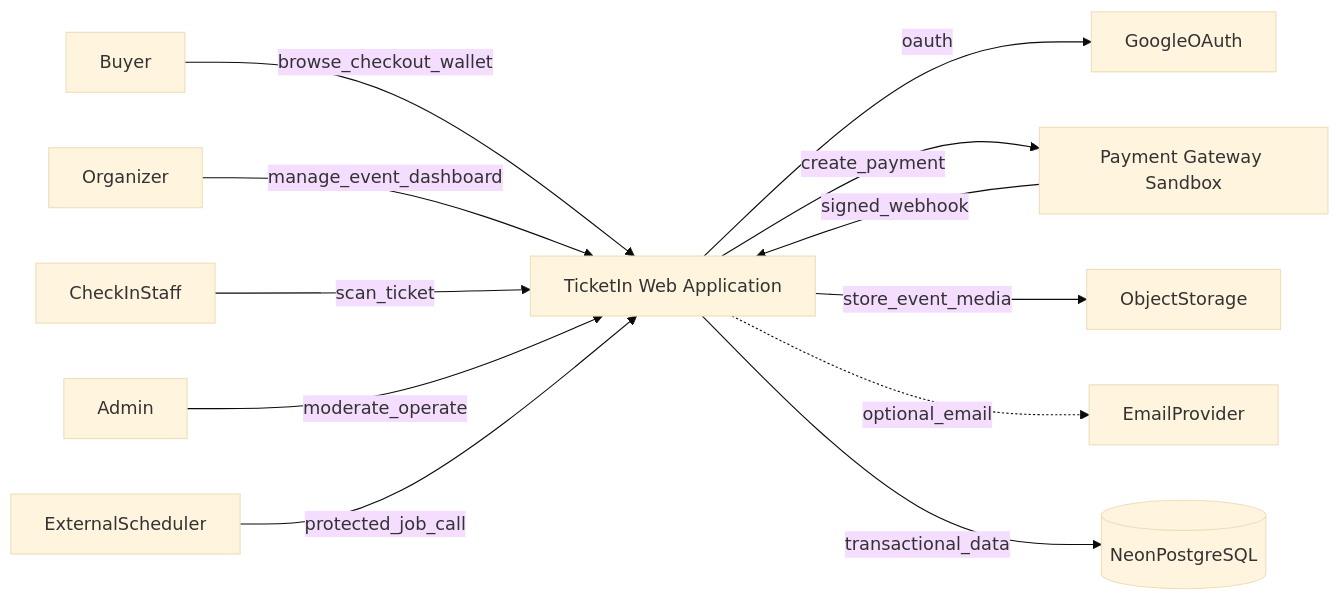
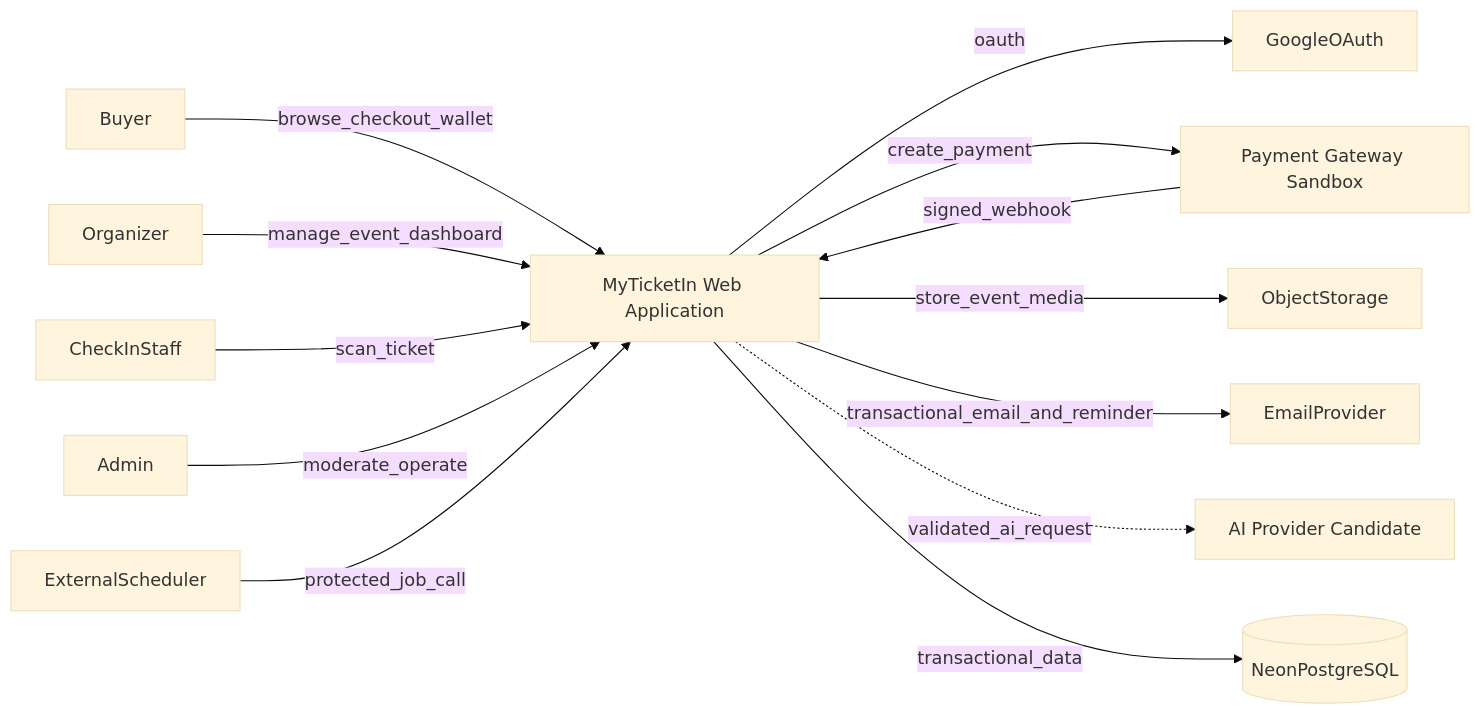
Before and after one commit to Fajrunshubhi/MyTicketIn: the first of 11 diagrams in architecture.md, drawn with Mermaid (base theme). The commit also changed other lines of this file and 406 other files, not shown here.

````diff
--- a/architecture.md
+++ b/architecture.md
@@ -145,26 +151,28 @@
 ```mermaid
 flowchart LR
   Buyer[Buyer]
   Organizer[Organizer]
   Staff[CheckInStaff]
   Admin[Admin]
-  TicketIn["TicketIn Web Application"]
+  MyTicketIn["MyTicketIn Web Application"]
   Google[GoogleOAuth]
   Payment["Payment Gateway Sandbox"]
   Storage[ObjectStorage]
   Email[EmailProvider]
+  AI["AI Provider Candidate"]
   Scheduler[ExternalScheduler]
   Database[(NeonPostgreSQL)]
 
-  Buyer -->|browse_checkout_wallet| TicketIn
-  Organizer -->|manage_event_dashboard| TicketIn
-  Staff -->|scan_ticket| TicketIn
-  Admin -->|moderate_operate| TicketIn
-  TicketIn -->|oauth| Google
-  TicketIn -->|create_payment| Payment
-  Payment -->|signed_webhook| TicketIn
-  TicketIn -->|store_event_media| Storage
-  TicketIn -.->|optional_email| Email
-  Scheduler -->|protected_job_call| TicketIn
-  TicketIn -->|transactional_data| Database
+  Buyer -->|browse_checkout_wallet| MyTicketIn
+  Organizer -->|manage_event_dashboard| MyTicketIn
+  Staff -->|scan_ticket| MyTicketIn
+  Admin -->|moderate_operate| MyTicketIn
+  MyTicketIn -->|oauth| Google
+  MyTicketIn -->|create_payment| Payment
+  Payment -->|signed_webhook| MyTicketIn
+  MyTicketIn -->|store_event_media| Storage
+  MyTicketIn -->|transactional_email_and_reminder| Email
+  MyTicketIn -.->|validated_ai_request| AI
+  Scheduler -->|protected_job_call| MyTicketIn
+  MyTicketIn -->|transactional_data| Database
 ```
````
